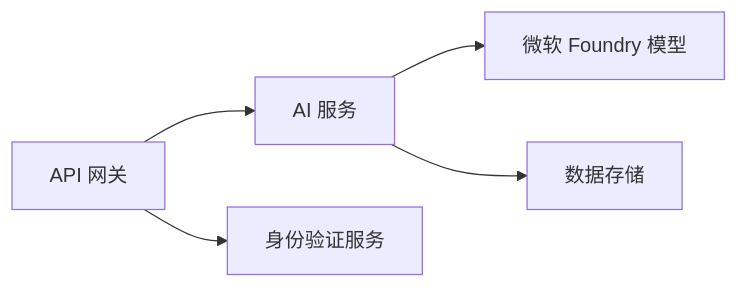
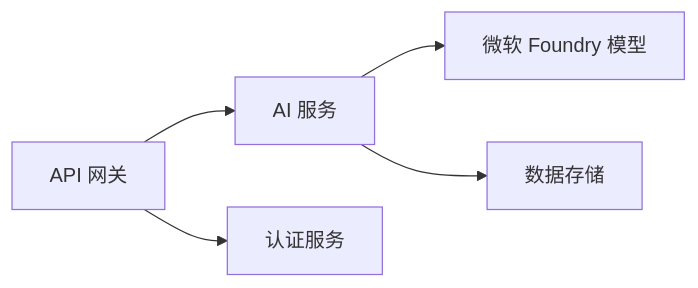
One commit to microsoft/AZD-for-beginners changed the first of 2 diagrams in translations/zh-CN/docs/chapter-08-production/README.md. Above: the diagram before and after it, drawn with Mermaid. The commit also changed other lines of this file and 104 other files, not shown here.

````diff
--- a/translations/zh-CN/docs/chapter-08-production/README.md
+++ b/translations/zh-CN/docs/chapter-08-production/README.md
@@ -48,6 +48,6 @@
 ```mermaid
 graph LR
     Gateway[API 网关] --> AI[AI 服务] --> Models[微软 Foundry 模型]
-    Gateway --> Auth[身份验证服务]
+    Gateway --> Auth[认证服务]
     AI --> Data[数据存储]
 ```
````
